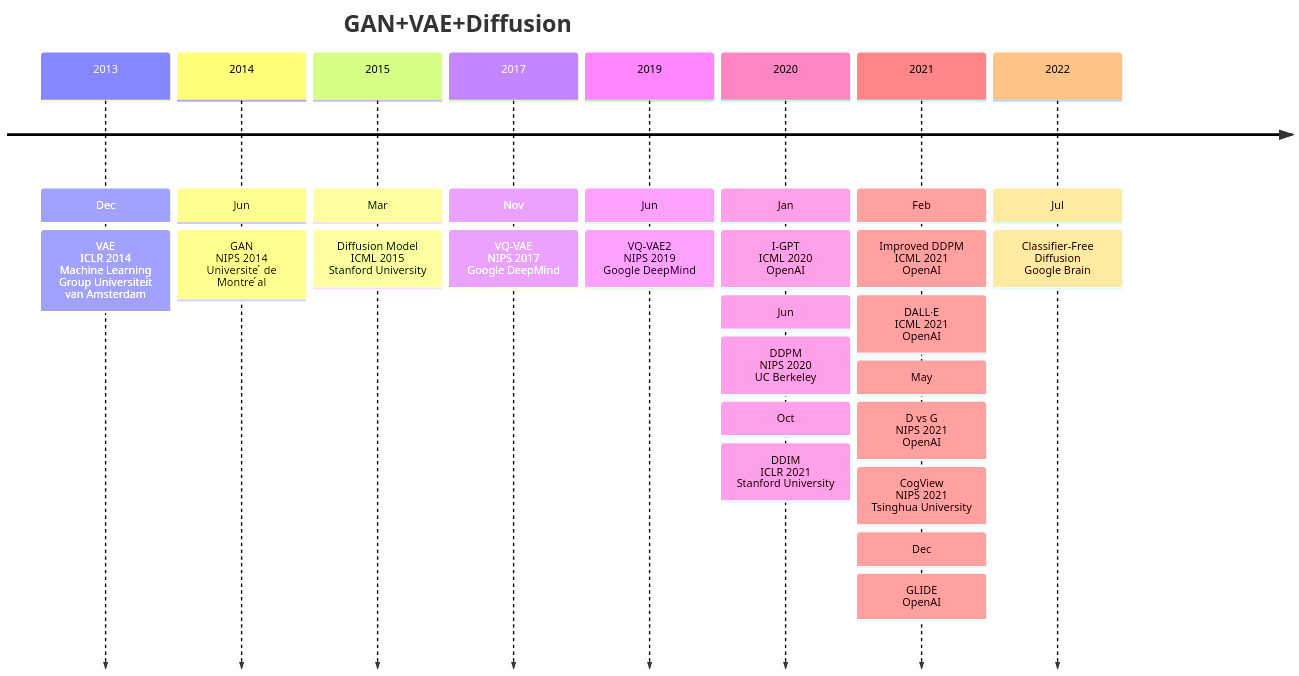
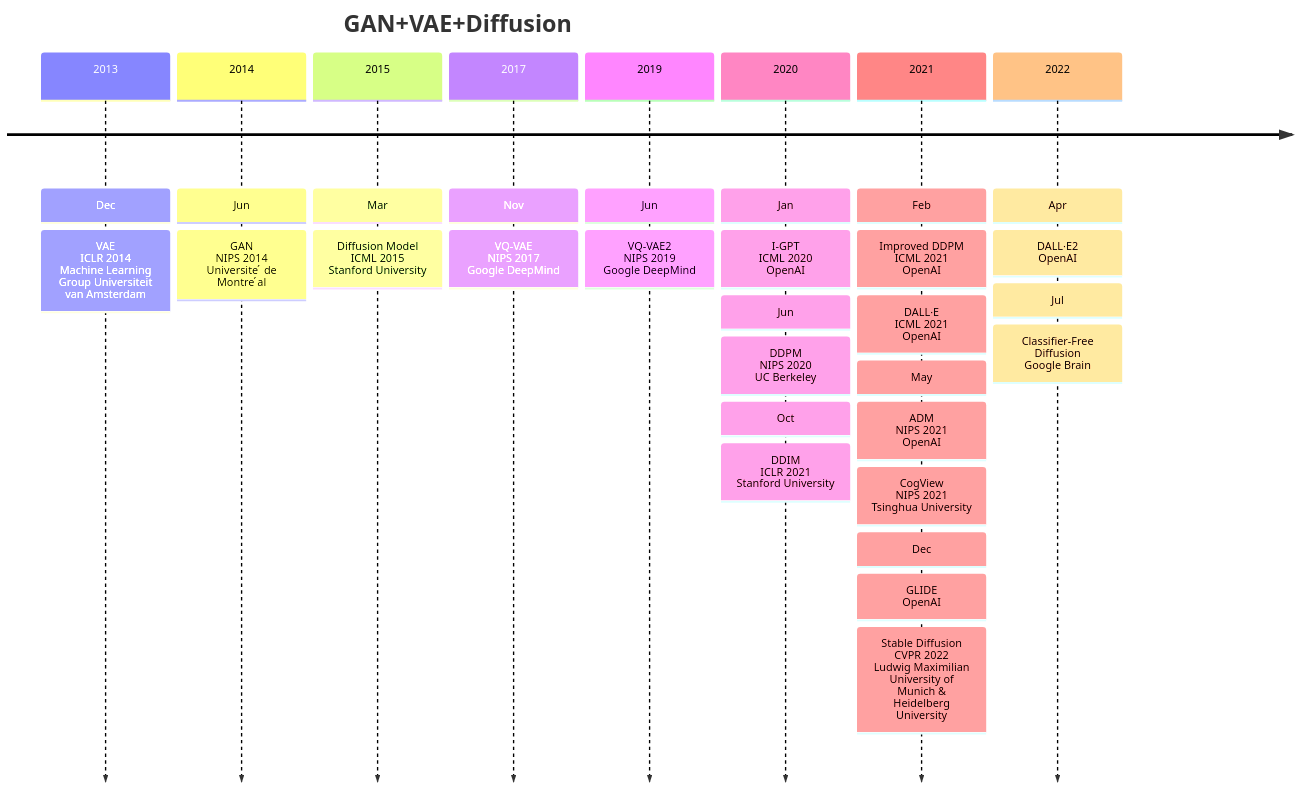
Before and after one commit to Elephant-King9/Paper: the first of 5 diagrams in Base_Model/GAN+VAE+Diffusion/analyse.md, drawn with Mermaid. The commit also changed other lines of this file and 6 other files, not shown here.

````diff
--- a/Base_Model/GAN+VAE+Diffusion/analyse.md
+++ b/Base_Model/GAN+VAE+Diffusion/analyse.md
@@ -5,31 +5,34 @@
 ```mermaid
 timeline
     title GAN+VAE+Diffusion
     2013 : Dec
     		 : VAE<br>ICLR 2014<br>Machine Learning Group Universiteit van Amsterdam
 
     2014 : Jun
     		 : GAN<br>NIPS 2014<br>Universite ́ de Montre ́al
     2015 : Mar
          : Diffusion Model<br>ICML 2015<br>Stanford University
     2017 : Nov
     		 : VQ-VAE<br>NIPS 2017<br>Google DeepMind
     2019 : Jun
     		 : VQ-VAE2<br>NIPS 2019<br>Google DeepMind
     2020 : Jan
     		 : I-GPT<br>ICML 2020<br>OpenAI
     		 : Jun
     		 : DDPM<br>NIPS 2020<br>UC Berkeley
     		 : Oct
     		 : DDIM<br>ICLR 2021<br>Stanford University
     2021 : Feb
     		 : Improved DDPM<br>ICML 2021<br>OpenAI
     		 : DALL·E<br>ICML 2021<br>OpenAI
     		 : May
-    		 : D vs G<br>NIPS 2021<br>OpenAI
+    		 : ADM<br>NIPS 2021<br>OpenAI
     		 : CogView<br>NIPS 2021<br>Tsinghua University
     		 : Dec
     		 : GLIDE<br>OpenAI
-    2022 : Jul
+    		 : Stable Diffusion<br>CVPR 2022<br>Ludwig Maximilian University of Munich & Heidelberg University
+    2022 : Apr
+    		 : DALL·E2<br>OpenAI
+    		 : Jul
     		 : Classifier-Free Diffusion<br>Google Brain
 ```
````
